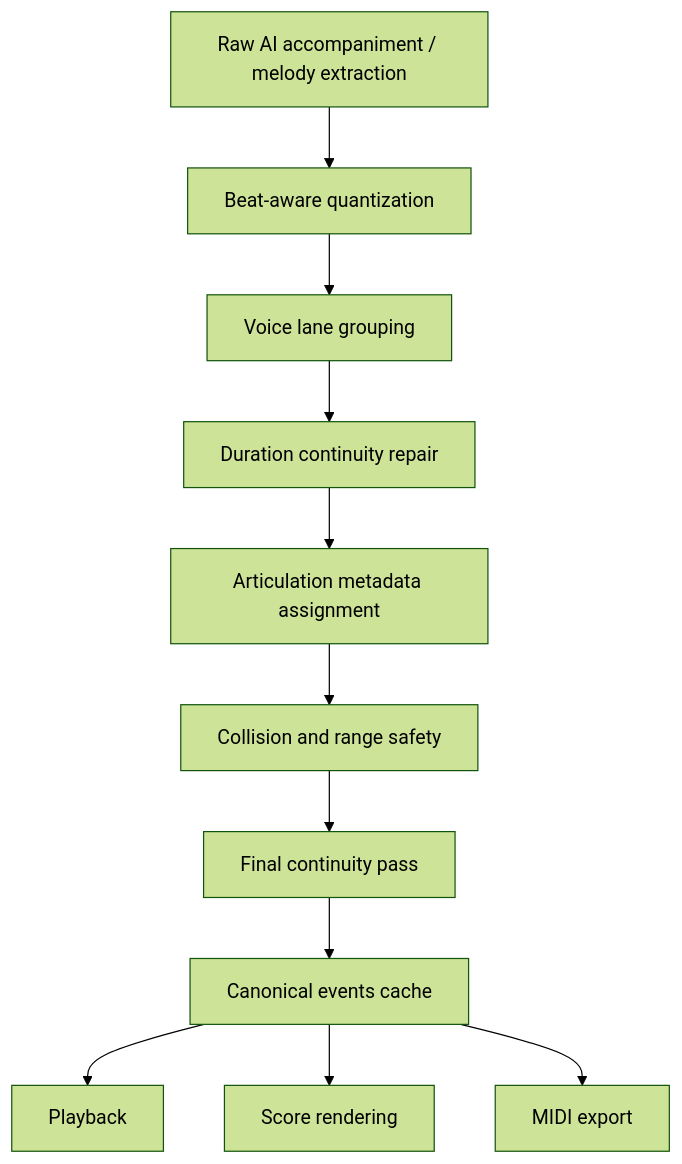
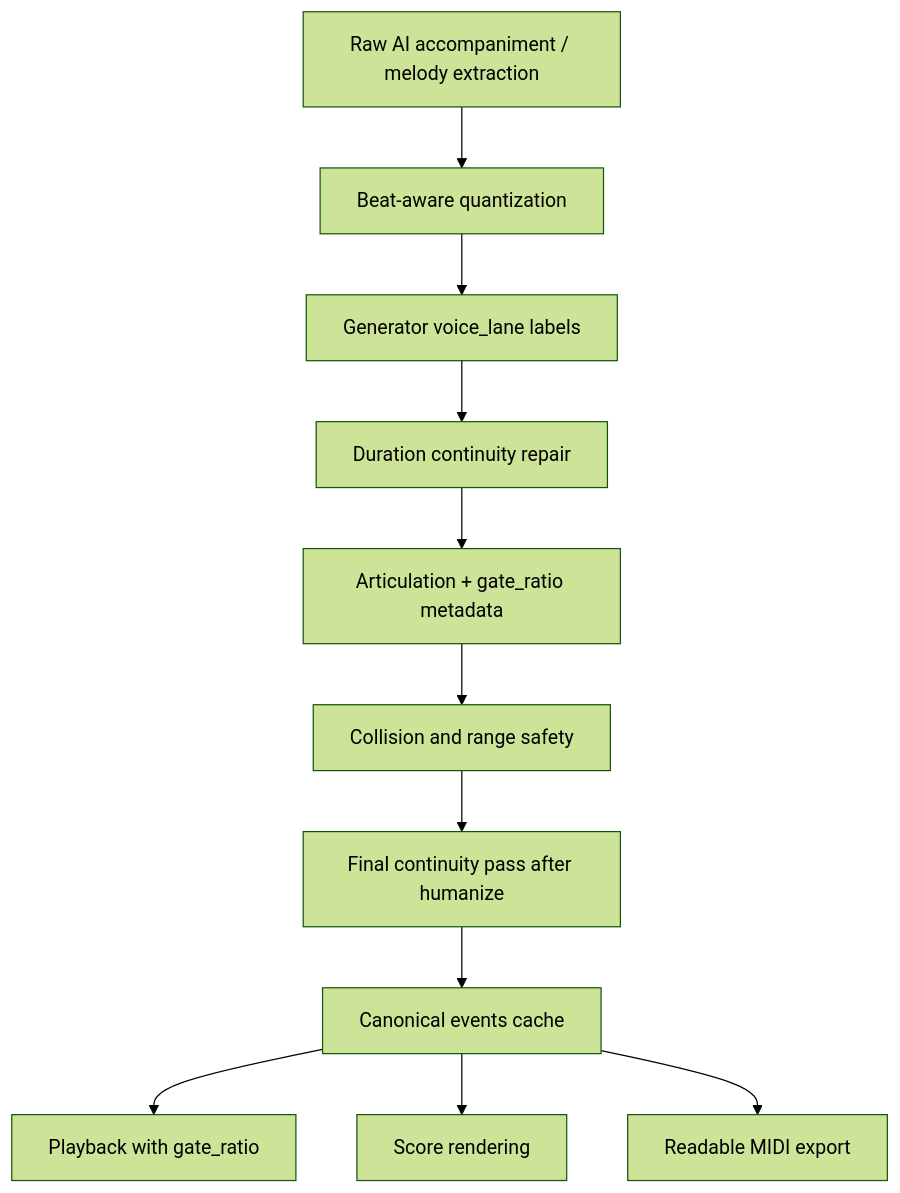
The diagram in doc/plans/note-duration-continuity-overhaul.md (JJ110112/LiveChord), drawn with Mermaid (forest theme) before and after one commit. The commit also changed other lines of this file and 1 other file, not shown here.

Commit message:
docs: finalize note duration continuity plan

````diff
--- a/doc/plans/note-duration-continuity-overhaul.md
+++ b/doc/plans/note-duration-continuity-overhaul.md
@@ -123,13 +157,13 @@
 ```mermaid
 flowchart TD
     A["Raw AI accompaniment / melody extraction"] --> B["Beat-aware quantization"]
-    B --> C["Voice lane grouping"]
+    B --> C["Generator voice_lane labels"]
     C --> D["Duration continuity repair"]
-    D --> E["Articulation metadata assignment"]
+    D --> E["Articulation + gate_ratio metadata"]
     E --> F["Collision and range safety"]
-    F --> G["Final continuity pass"]
+    F --> G["Final continuity pass after humanize"]
     G --> H["Canonical events cache"]
-    H --> I["Playback"]
+    H --> I["Playback with gate_ratio"]
     H --> J["Score rendering"]
-    H --> K["MIDI export"]
+    H --> K["Readable MIDI export"]
 ```
````
